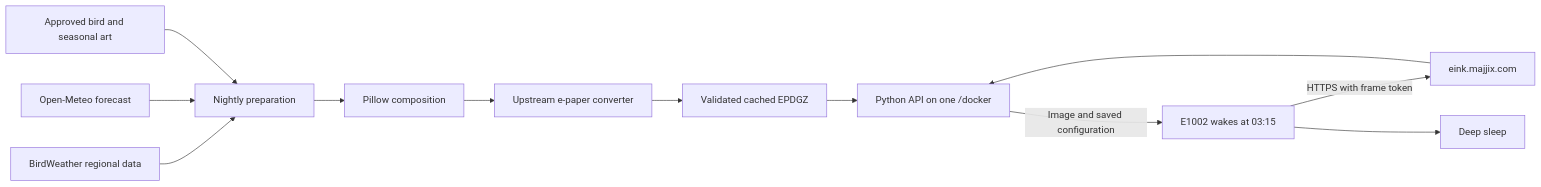
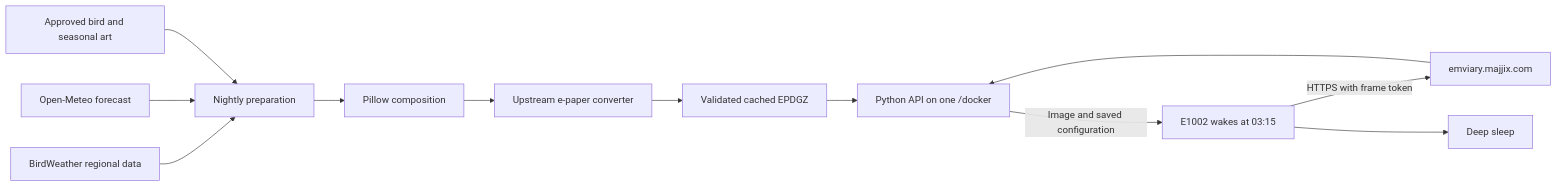
Before and after one commit to lstepnio/Emviary: the diagram in DEPLOYMENT.md, drawn with Mermaid. The commit also changed other lines of this file and 40 other files, not shown here.

Commit message:
Rebrand application and deployment as Emviary with legacy frame compatibility

````diff
--- a/DEPLOYMENT.md
+++ b/DEPLOYMENT.md
@@ -11,14 +11,14 @@
 ```mermaid
 flowchart LR
     B[BirdWeather regional data] --> J[Nightly preparation]
     W[Open-Meteo forecast] --> J
     A[Approved bird and seasonal art] --> J
     J --> P[Pillow composition]
     P --> N[Upstream e-paper converter]
     N --> D[Validated cached EPDGZ]
-    F[E1002 wakes at 03:15] -->|HTTPS with frame token| C[eink.majjix.com]
+    F[E1002 wakes at 03:15] -->|HTTPS with frame token| C[emviary.majjix.com]
     C --> S[Python API on one /docker]
     D --> S
     S -->|Image and saved configuration| F
     F --> Z[Deep sleep]
 ```
````
